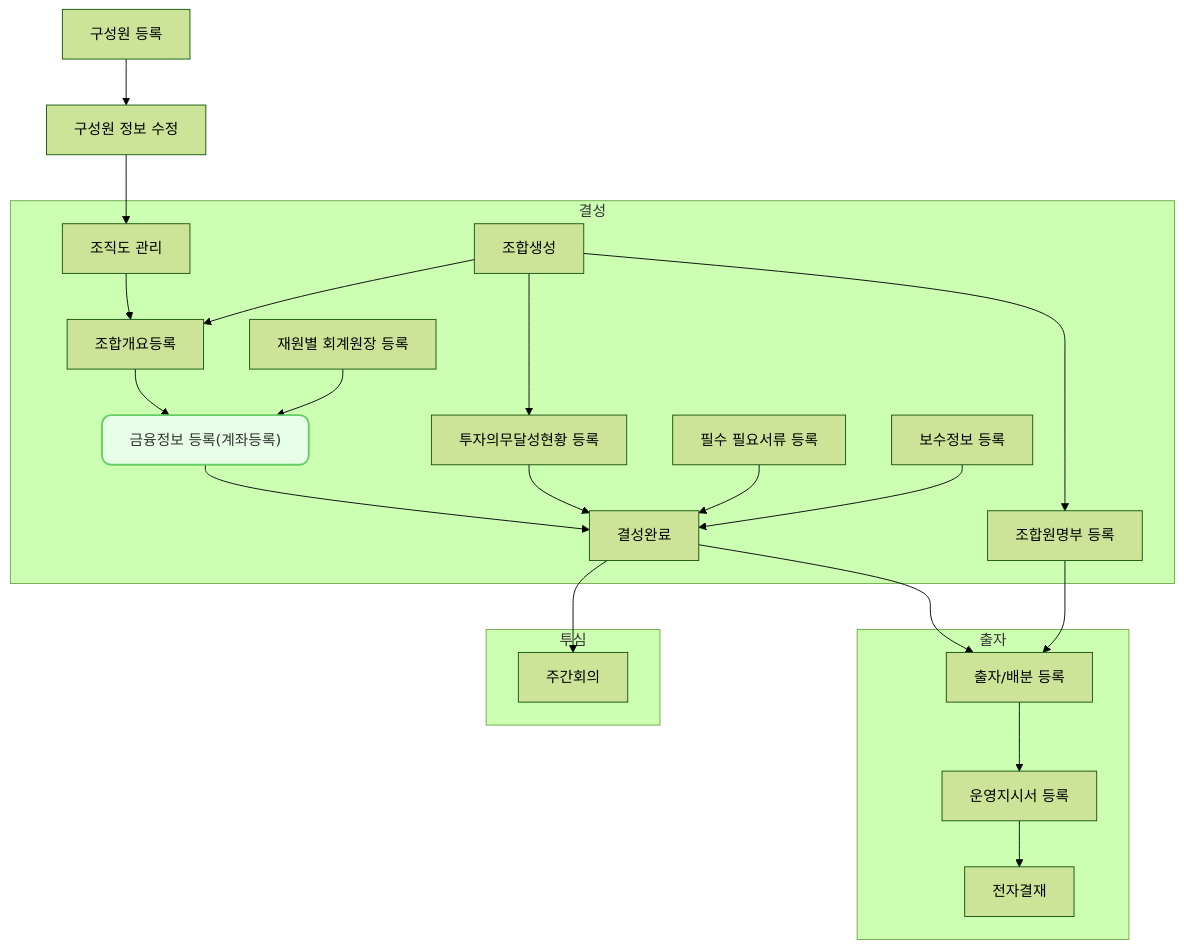
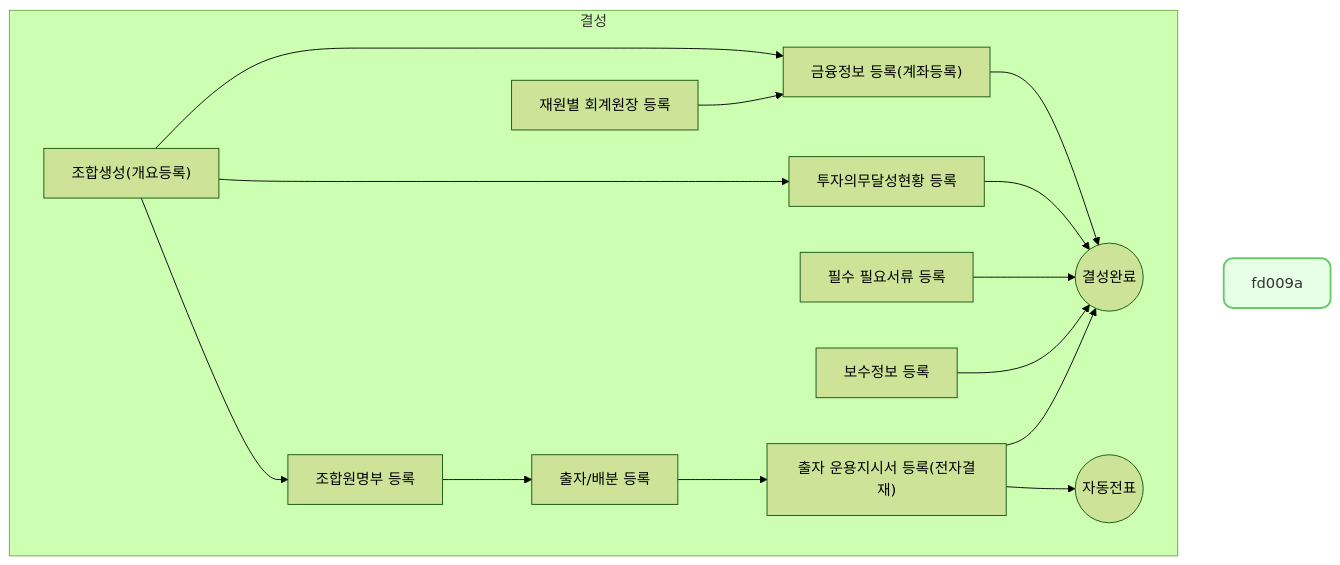
One commit to cotes2020/jekyll-theme-chirpy changed the diagram in _posts/2024-07-05-fd0009a.md. Above: the diagram before and after it, drawn with Mermaid (forest theme). The commit also changed 11 other files, not shown here.

Commit message:
다이어그램 일괄수정 중간 저장

````diff
--- a/_posts/2024-07-05-fd0009a.md
+++ b/_posts/2024-07-05-fd0009a.md
@@ -47,72 +47,73 @@
 ```mermaid
 flowchart TD
 
-        hr0001["구성원 등록"]
-        hr0002["구성원 정보 수정"]
-        hr0007["조직도 관리"]
-
-        hr0001 --> hr0002
-        hr0002 --> hr0007
-
     subgraph 결성["결성"]
-        fd0001["조합생성"]
-        fd0009["조합개요등록"]
+        fd0001["조합생성(개요등록)"]
+        %% fd0009["조합개요등록"]
         fd0010["투자의무달성현황 등록"]
         fd0011["조합원명부 등록"]
         fm0010["재원별 회계원장 등록"]
         fd0009a["금융정보 등록(계좌등록)"]
         fd0013["필수 필요서류 등록"]
         fd0012["보수정보 등록"]
-        fd0000["결성완료"]
+        fd0000(("결성완료"))
 
-        hr0007 --> fd0009
-        fd0001 --> fd0009
+        
+        %% fd0001 --> fd0001
         fd0001 --> fd0010
         fd0001 --> fd0011 
-        fd0009 --> fd0009a 
+        fd0001 --> fd0009a 
         fm0010 --> fd0009a
 
 
         fd0009a-->fd0000
         fd0010-->fd0000
         fd0013-->fd0000
         fd0012-->fd0000
-    end
 
-    subgraph 출자["출자"]
         fd0006["출자/배분 등록"]
-        oi0002["운영지시서 등록"]
-        ed0001["전자결재"]
+        oi0002["출자 운용지시서 등록(전자결재)"]
+        fm0001a(("자동전표"))
 
-        fd0000 --> fd0006
+        %% fd0000 --> fd0006
         fd0011 --> fd0006
-        fd0006 --> oi0002 --> ed0001
+        fd0006 --> oi0002 
+        oi0002 --> fm0001a
+        oi0002 --> fd0000
 
     end
 
-    subgraph 투자심의["투심"]
-        wr0003["주간회의"]
-        fd0000 --> wr0003
-
-    end
-
-    %% 셋팅 --> 결성
     
 click hr0001 "{% post_url 2024-07-02-hr0001 %}" " "
 click hr0002 "{% post_url 2024-07-02-hr0002 %}" " "
 click hr0007 "{% post_url 2024-07-02-hr0007 %}" " "
 click se0005 "{% post_url 2024-07-02-se0005 %}" " "
 click se0003 "{% post_url 2024-07-03-se0003 %}" " "
 click fd0001 "{% post_url 2024-07-04-fd0001 %}" " "
 click fd0010 "{% post_url 2024-07-04-fd0010 %}" " "
 click fd0011 "{% post_url 2024-07-04-fd0011 %}" " "
 click fm0010 "{% post_url 2024-07-04-fm0010 %}" " "
 click fd0009a "{% post_url 2024-07-05-fd0009a %}" " "
 click fd0013 "{% post_url 2024-07-05-fd0013 %}" " "
 click fd0012 "{% post_url 2024-07-06-fd0012 %}" " "
 click fd0006 "{% post_url 2024-07-07-fd0006 %}" " "
 click oi0002 "{% post_url 2024-07-07-oi0002 %}" " "
+click wr0003 "{% post_url 2024-07-09-wr0003 %}" " "
+click vs0003 "{% post_url 2024-07-10-vs0003 %}" " "
+click vs0006 "{% post_url 2024-07-11-vs0006 %}" " "
+click ed0001a "{% post_url 2024-07-12-ed0001a %}" " "
+click oi0003 "{% post_url 2024-07-13-oi0003 %}" " "
+click vs0009 "{% post_url 2024-07-14-vs0009 %}" " "
+click pm0001 "{% post_url 2024-07-15-pm0001 %}" " "
+click pm0004 "{% post_url 2024-07-16-pm0004 %}" " "
+click fm0002 "{% post_url 2024-07-17-fm0002 %}" " "
+click ex0001 "{% post_url 2024-07-18-ex0001 %}" " "
+click oi0001 "{% post_url 2024-07-19-oi0001 %}" " "
+click ex0007 "{% post_url 2024-07-20-ex0007 %}" " "
+click ex0009 "{% post_url 2024-07-21-ex0009 %}" " "
+click ex0009a "{% post_url 2024-07-22-ex0009 %}" " "
+click fm0002a "{% post_url 2024-07-23-fm0002 %}" " "
 
+style fd009a fill:#e6ffe6,stroke:#66cc66,stroke-width:2px,rx:10,ry:10,color:#333333,fontColor:#333333
 
-style fd0009a fill:#e6ffe6,stroke:#66cc66,stroke-width:2px,rx:10,ry:10,color:#333333,fontColor:#333333
 ```
````
